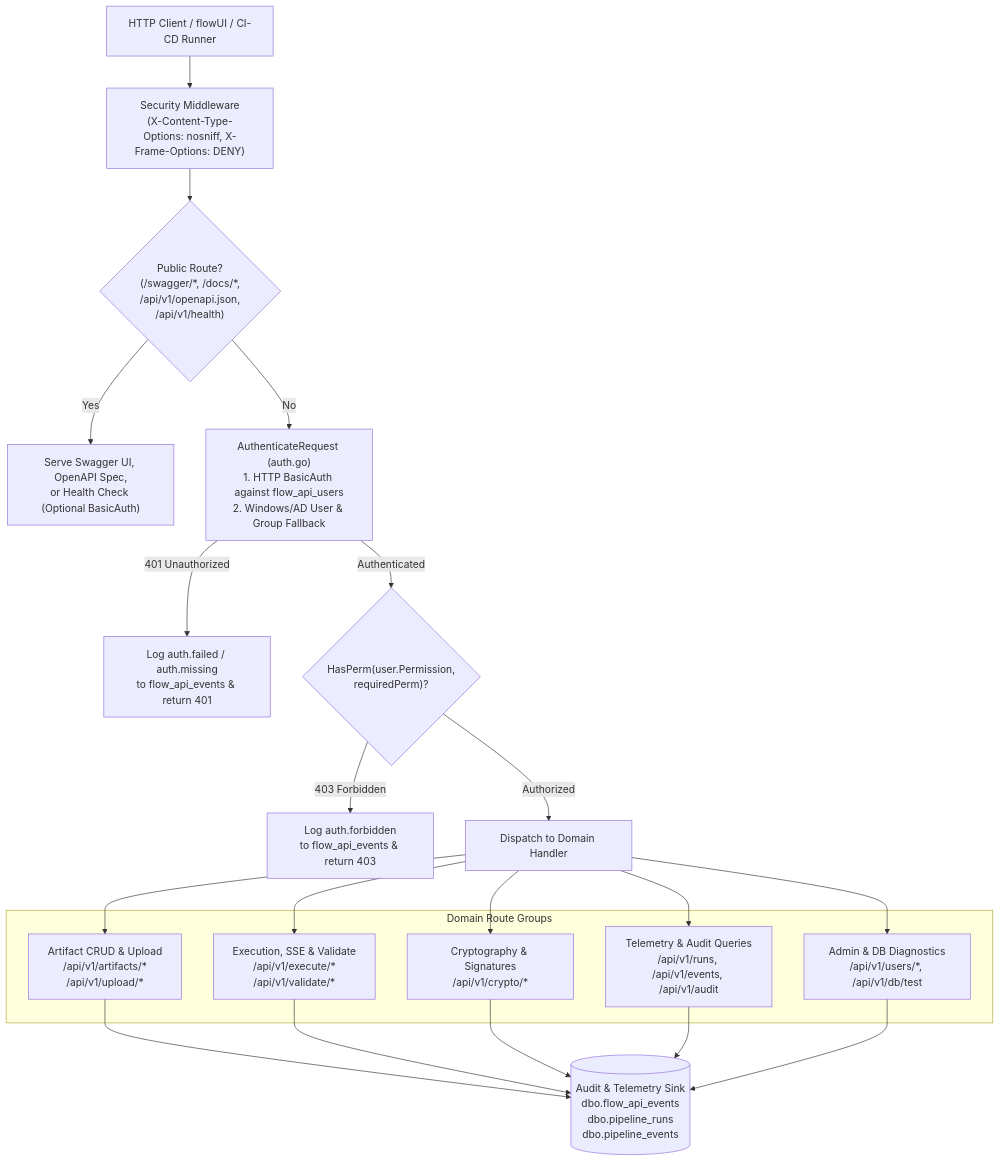
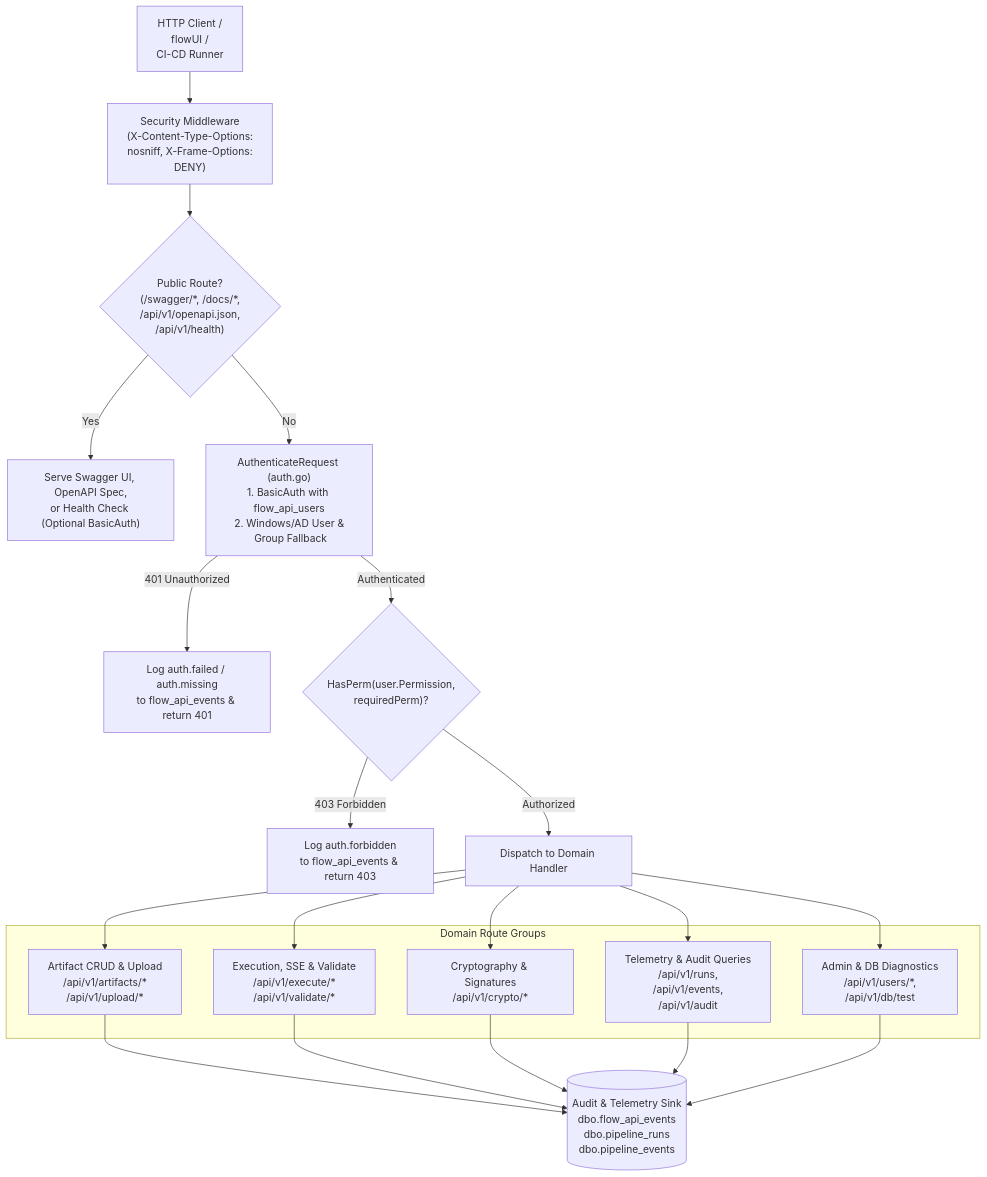
One commit to etl-madness/flow-docs changed the first of 5 diagrams in docs/guides/API_ENDPOINTS_REFERENCE.md. Above: the diagram before and after it, drawn with Mermaid. The commit also changed other lines of this file and 1 other file, not shown here.

Commit message:
feat: git pages, mermaid graph cleanup v3

````diff
--- a/docs/guides/API_ENDPOINTS_REFERENCE.md
+++ b/docs/guides/API_ENDPOINTS_REFERENCE.md
@@ -36,26 +36,26 @@
 ```mermaid
 flowchart TD
-    CLIENT["HTTP Client / flowUI / CI-CD Runner"] --> MW["Security Middleware<br/>(X-Content-Type-Options: nosniff, X-Frame-Options: DENY)"]
+    CLIENT["HTTP Client / <br/>flowUI / <br/>CI-CD Runner"] --> MW["Security Middleware<br/>(X-Content-Type-Options:<br/> nosniff, X-Frame-Options:<br/> DENY)"]
 
     MW --> PUBLIC{"Public Route?<br/>(/swagger/*, /docs/*,<br/>/api/v1/openapi.json,<br/>/api/v1/health)"}
 
     PUBLIC -->|"Yes"| H_PUB["Serve Swagger UI, OpenAPI Spec,<br/>or Health Check (Optional BasicAuth)"]
-    PUBLIC -->|"No"| AUTH["AuthenticateRequest (auth.go)<br/>1. HTTP BasicAuth against flow_api_users<br/>2. Windows/AD User &amp; Group Fallback"]
+    PUBLIC -->|"No"| AUTH["AuthenticateRequest (auth.go)<br/>1. BasicAuth with flow_api_users<br/>2. Windows/AD User &amp;<br/> Group Fallback"]
 
     AUTH -->|"401 Unauthorized"| ERR401["Log auth.failed / auth.missing<br/>to flow_api_events &amp; return 401"]
     AUTH -->|"Authenticated"| RBAC{"HasPerm(user.Permission,<br/>requiredPerm)?"}
 
     RBAC -->|"403 Forbidden"| ERR403["Log auth.forbidden<br/>to flow_api_events &amp; return 403"]
     RBAC -->|"Authorized"| ROUTER["Dispatch to Domain Handler"]
 
     subgraph Handlers["Domain Route Groups"]
         R_ART["Artifact CRUD &amp; Upload<br/>/api/v1/artifacts/*<br/>/api/v1/upload/*"]
         R_EXEC["Execution, SSE &amp; Validate<br/>/api/v1/execute/*<br/>/api/v1/validate/*"]
         R_CRYPTO["Cryptography &amp; Signatures<br/>/api/v1/crypto/*"]
-        R_LOGS["Telemetry &amp; Audit Queries<br/>/api/v1/runs, /api/v1/events, /api/v1/audit"]
-        R_ADMIN["Admin &amp; DB Diagnostics<br/>/api/v1/users/*, /api/v1/db/test"]
+        R_LOGS["Telemetry &amp; Audit Queries<br/>/api/v1/runs, <br/>/api/v1/events, <br/>/api/v1/audit"]
+        R_ADMIN["Admin &amp; DB Diagnostics<br/>/api/v1/users/*, <br/>/api/v1/db/test"]
     end
 
     ROUTER --> R_ART & R_EXEC & R_CRYPTO & R_LOGS & R_ADMIN
     R_ART & R_EXEC & R_CRYPTO & R_LOGS & R_ADMIN --> AUDIT[("Audit &amp; Telemetry Sink<br/>dbo.flow_api_events<br/>dbo.pipeline_runs<br/>dbo.pipeline_events")]
 ```
````
